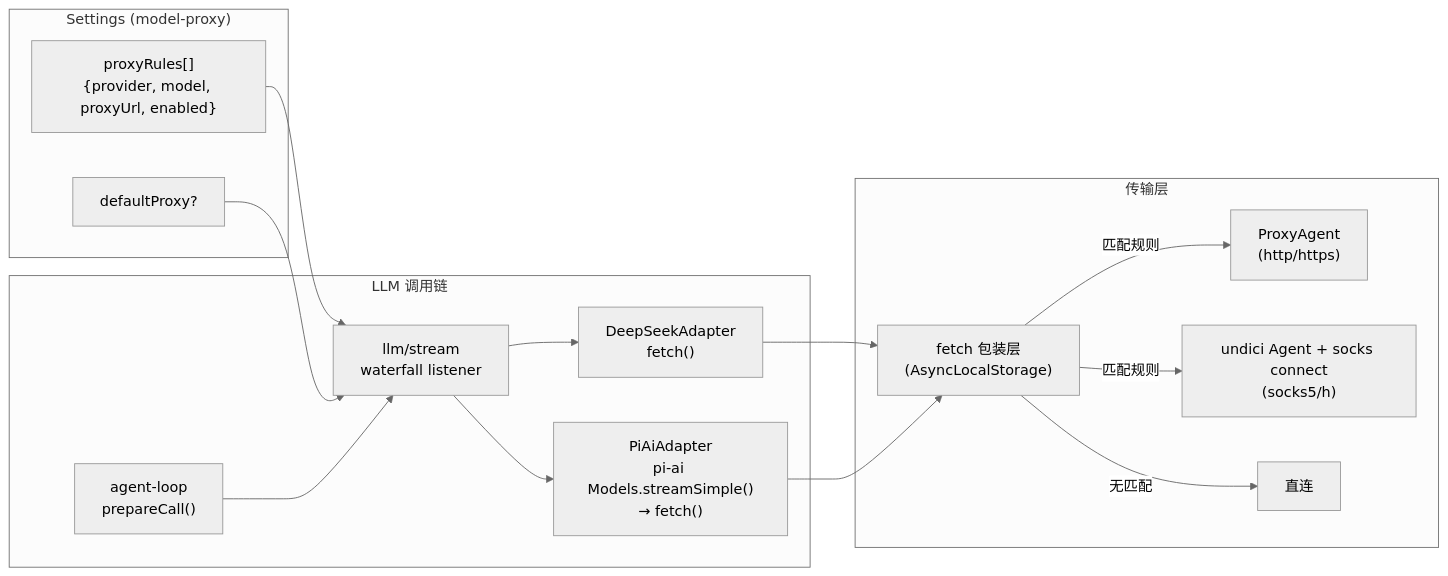
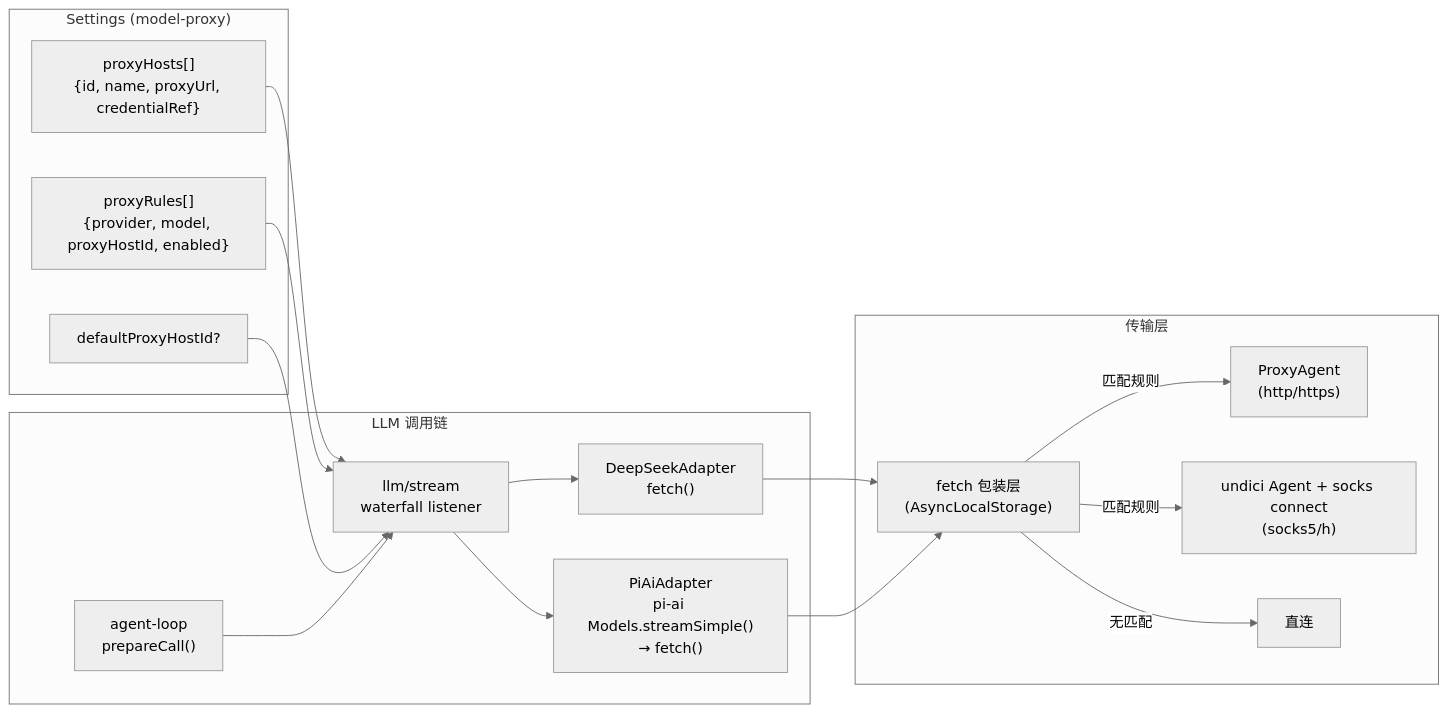
The diagram in DESIGN.md (biyuhao/dsh-model-proxy), drawn with Mermaid (neutral theme) before and after one commit. The commit also changed other lines of this file and 19 other files, not shown here.

````diff
--- a/DESIGN.md
+++ b/DESIGN.md
@@ -99,28 +99,30 @@
 ```mermaid
 flowchart LR
   subgraph Settings["Settings (model-proxy)"]
-    Rules["proxyRules[]\n{provider, model, proxyUrl, enabled}"]
-    Defaults["defaultProxy?"]
+    Rules["proxyRules[]\n{provider, model, proxyHostId, enabled}"]
+    Hosts["proxyHosts[]\n{id, name, proxyUrl, credentialRef}"]
+    Defaults["defaultProxyHostId?"]
   end
 
   subgraph LLM["LLM 调用链"]
     AgentLoop["agent-loop\nprepareCall()"]
     Waterfall["llm/stream\nwaterfall listener"]
     AdapterDeepseek["DeepSeekAdapter\nfetch()"]
     AdapterPiAi["PiAiAdapter\npi-ai Models.streamSimple()\n→ fetch()"]
   end
 
   subgraph Transport["传输层"]
     FetchWrap["fetch 包装层\n(AsyncLocalStorage)"]
     DispatcherHTTP["ProxyAgent\n(http/https)"]
     DispatcherSOCKS["undici Agent + socks connect\n(socks5/h)"]
     Direct["直连"]
   end
 
+  Hosts --> Waterfall
   Rules --> Waterfall
   Defaults --> Waterfall
   AgentLoop --> Waterfall --> AdapterDeepseek & AdapterPiAi
   AdapterDeepseek & AdapterPiAi --> FetchWrap
   FetchWrap -->|匹配规则| DispatcherHTTP & DispatcherSOCKS
   FetchWrap -->|无匹配| Direct
 ```
````
